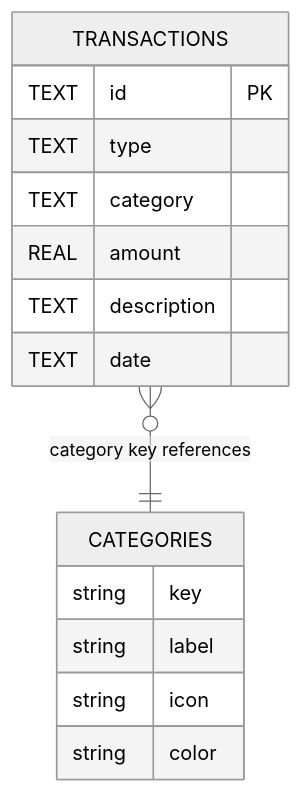
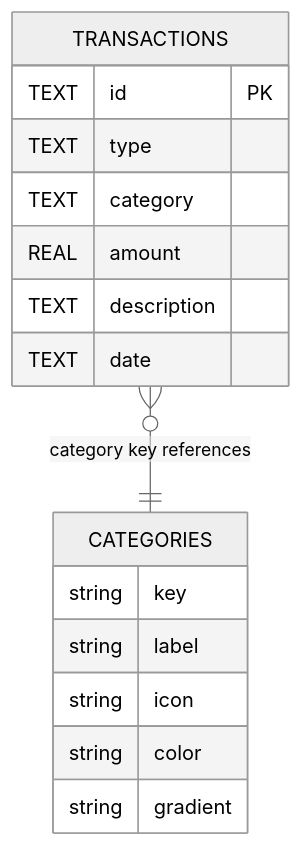
One commit to Mitko-M/FinDash changed the diagram in docs/DATA_MODEL.md. Above: the diagram before and after it, drawn with Mermaid (neutral theme). The commit also changed other lines of this file and 3 other files, not shown here.

````diff
--- a/docs/DATA_MODEL.md
+++ b/docs/DATA_MODEL.md
@@ -11,20 +11,21 @@
 ```mermaid
 erDiagram
     TRANSACTIONS {
         TEXT id PK
         TEXT type
         TEXT category
         REAL amount
         TEXT description
         TEXT date
     }
 
     CATEGORIES {
         string key
         string label
         string icon
         string color
+        string gradient
     }
 
     TRANSACTIONS }o--|| CATEGORIES : "category key references"
 ```
````
